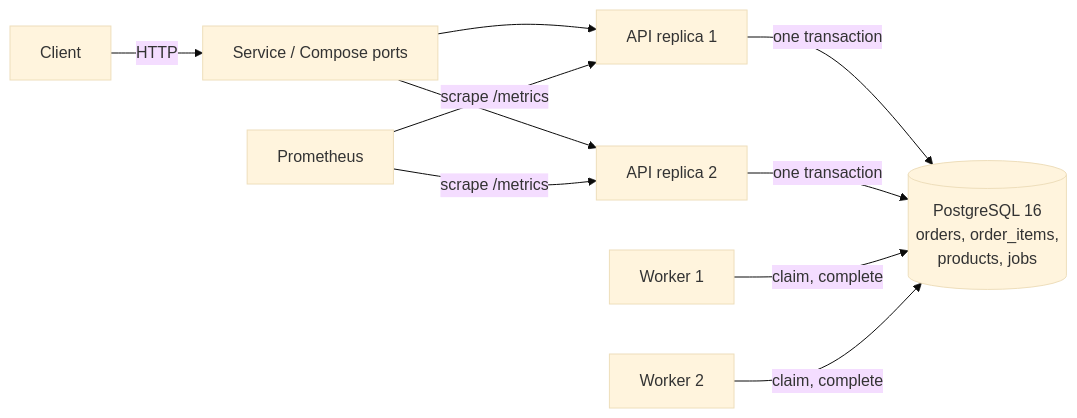
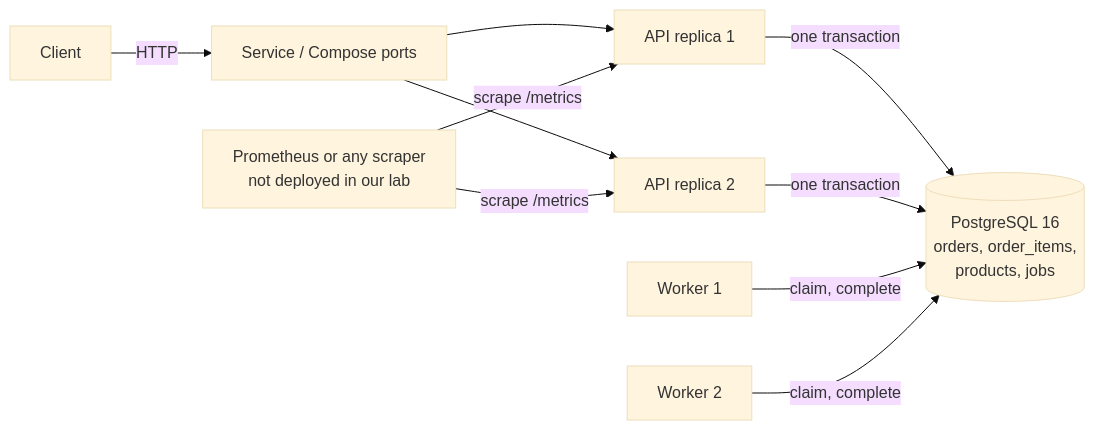
The diagram in docs/architecture.md (Evelynval-w/FulfillOps), drawn with Mermaid (base theme) before and after one commit. The commit also changed other lines of this file, not shown here.

Commit message:
modified architecture

````diff
--- a/docs/architecture.md
+++ b/docs/architecture.md
@@ -9,12 +9,12 @@
 ```mermaid
 flowchart LR
     C[Client] -->|HTTP| LB[Service / Compose ports]
     LB --> A1[API replica 1]
     LB --> A2[API replica 2]
     A1 -->|one transaction| DB[(PostgreSQL 16<br/>orders, order_items,<br/>products, jobs)]
     A2 -->|one transaction| DB
     W1[Worker 1] -->|claim, complete| DB
     W2[Worker 2] -->|claim, complete| DB
-    P[Prometheus] -->|scrape /metrics| A1
+    P[Prometheus or any scraper<br/>not deployed in our lab] -->|scrape /metrics| A1
     P -->|scrape /metrics| A2
 ```
````
